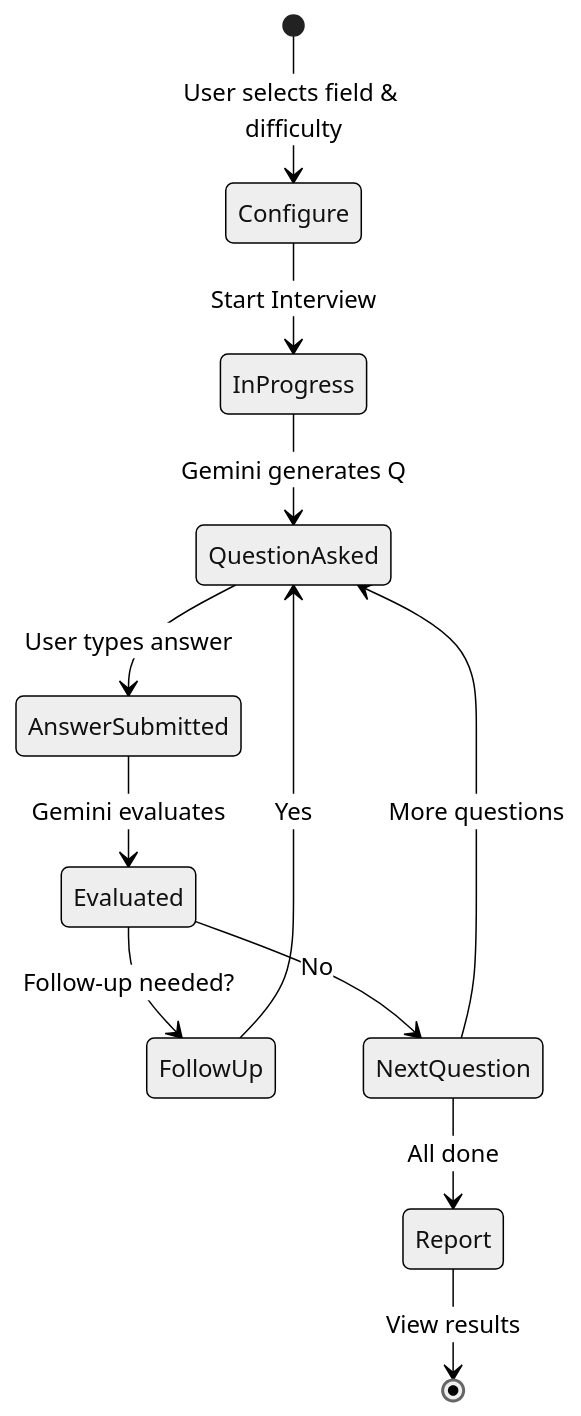
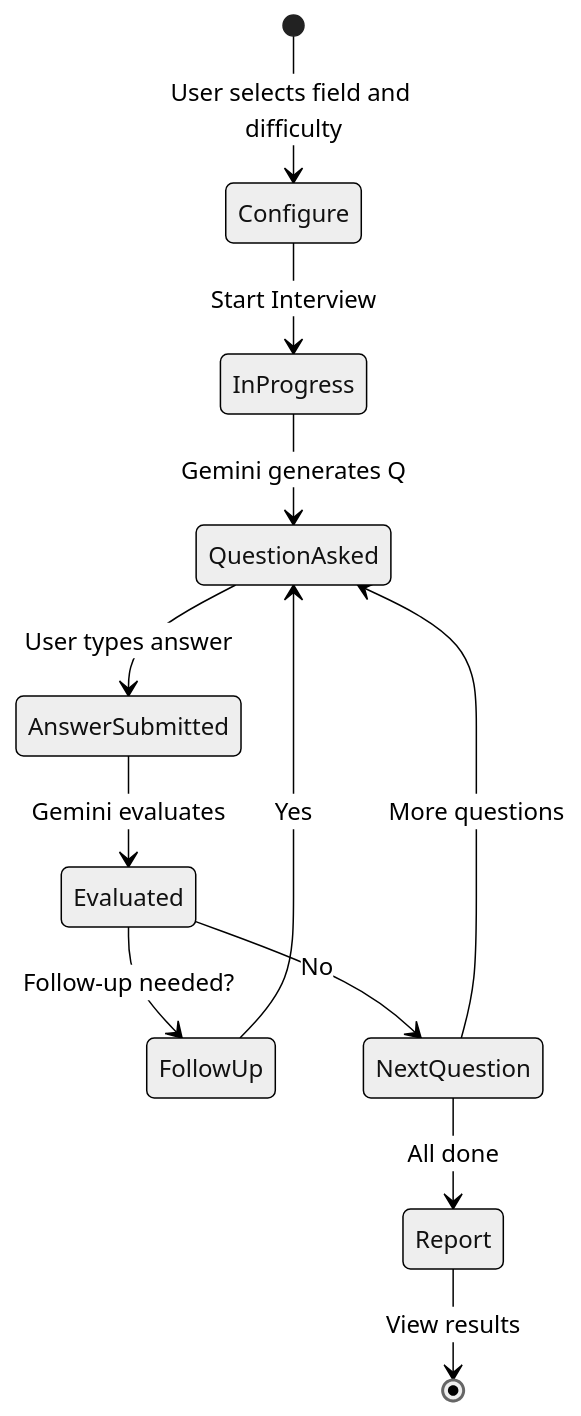
The seventh of 10 diagrams in docs/CareerPilot_AI_Plan.md (dyajaballh8/CareerPilot-AI), drawn with Mermaid (neutral theme) before and after one commit. The commit also changed other lines of this file and 1 other file, not shown here.

Commit message:
fix(docs): resolve Mermaid syntax errors for GitHub rich rendering

````diff
--- a/docs/CareerPilot_AI_Plan.md
+++ b/docs/CareerPilot_AI_Plan.md
@@ -355,14 +355,14 @@
 ```mermaid
 stateDiagram-v2
-    [*] --> Configure: User selects field & difficulty
+    [*] --> Configure: User selects field and difficulty
     Configure --> InProgress: Start Interview
     InProgress --> QuestionAsked: Gemini generates Q
     QuestionAsked --> AnswerSubmitted: User types answer
     AnswerSubmitted --> Evaluated: Gemini evaluates
     Evaluated --> FollowUp: Follow-up needed?
     FollowUp --> QuestionAsked: Yes
     Evaluated --> NextQuestion: No
     NextQuestion --> QuestionAsked: More questions
     NextQuestion --> Report: All done
     Report --> [*]: View results
 ```
````
